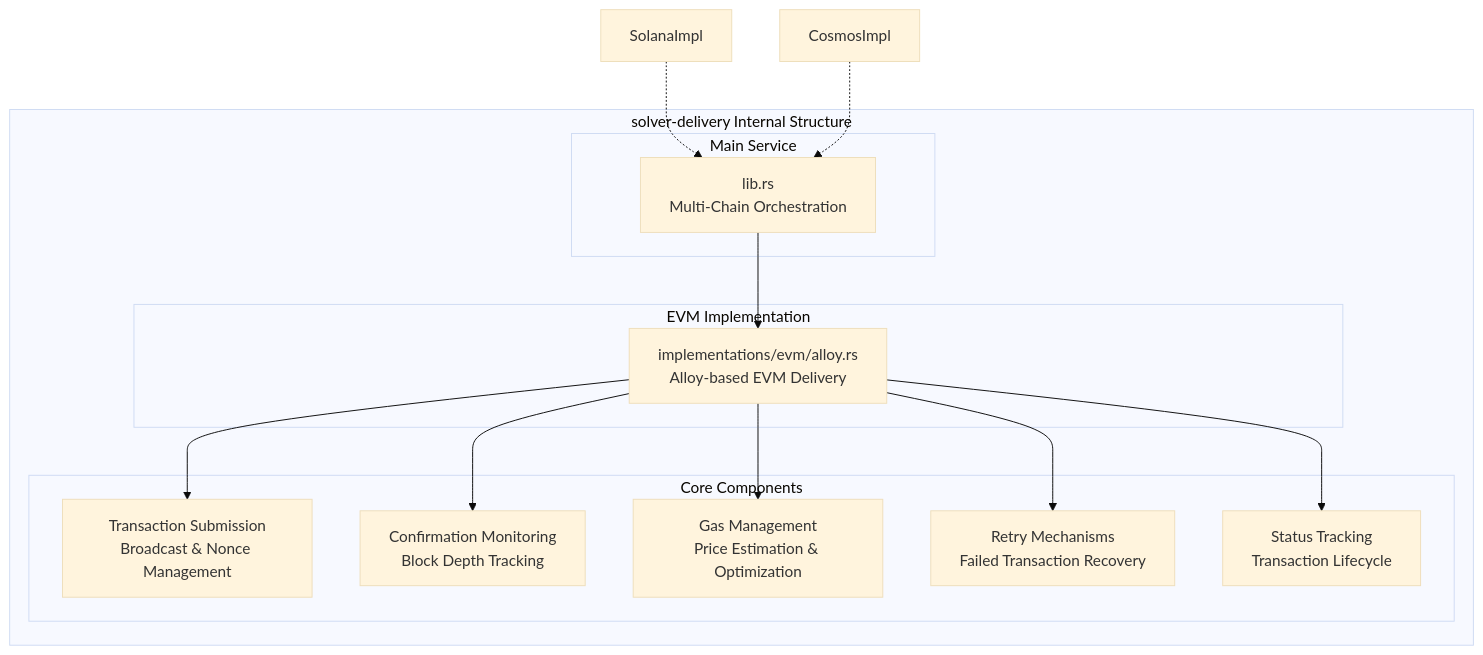
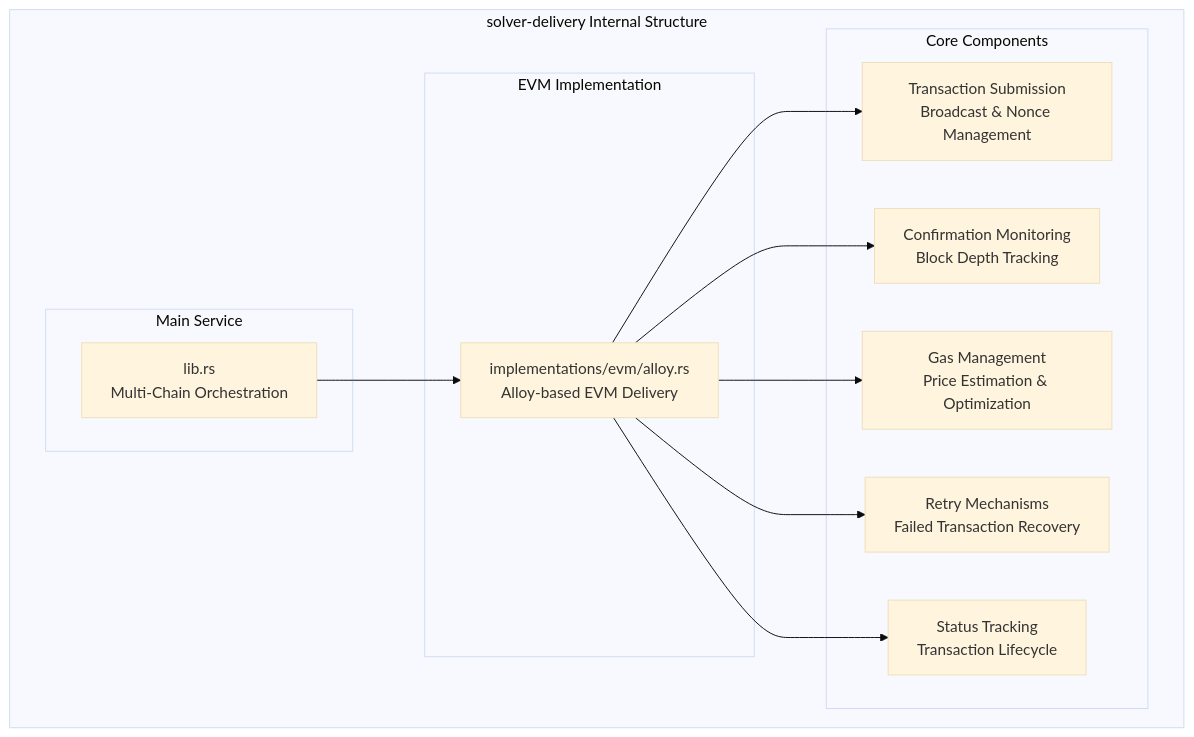
One commit to openintentsframework/oif-solver changed the first of 2 diagrams in docs/developer/crates/solver-delivery.md. Above: the diagram before and after it, drawn with Mermaid (base theme). The commit also changed 1 other file, not shown here.

Commit message:
docs: Minor improvements again

````diff
--- a/docs/developer/crates/solver-delivery.md
+++ b/docs/developer/crates/solver-delivery.md
@@ -9,30 +9,27 @@
 ```mermaid
 graph TB
     subgraph "solver-delivery Internal Structure"
         subgraph "Main Service"
             DeliveryService[lib.rs<br/>Multi-Chain Orchestration]
         end
 
         subgraph "EVM Implementation"
             AlloyImpl[implementations/evm/alloy.rs<br/>Alloy-based EVM Delivery]
         end
 
         subgraph "Core Components"
             TxSubmission[Transaction Submission<br/>Broadcast & Nonce Management]
             ConfirmationMonitor[Confirmation Monitoring<br/>Block Depth Tracking]
             GasOptimization[Gas Management<br/>Price Estimation & Optimization]
             RetryLogic[Retry Mechanisms<br/>Failed Transaction Recovery]
             StateTracking[Status Tracking<br/>Transaction Lifecycle]
         end
     end
 
     DeliveryService --> AlloyImpl
     AlloyImpl --> TxSubmission
     AlloyImpl --> ConfirmationMonitor
     AlloyImpl --> GasOptimization
     AlloyImpl --> RetryLogic
     AlloyImpl --> StateTracking
-
-    SolanaImpl -.-> DeliveryService
-    CosmosImpl -.-> DeliveryService
 ```
````
